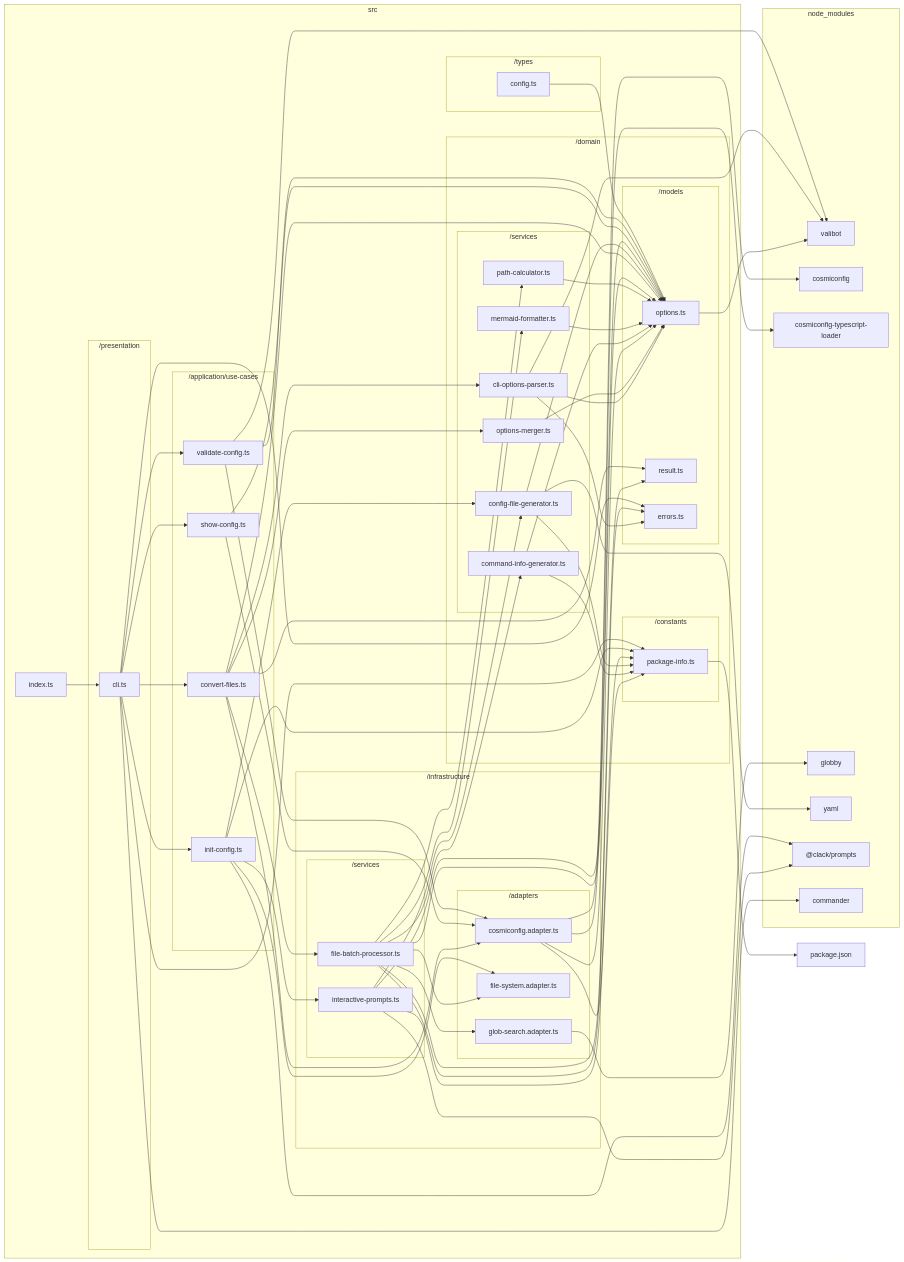
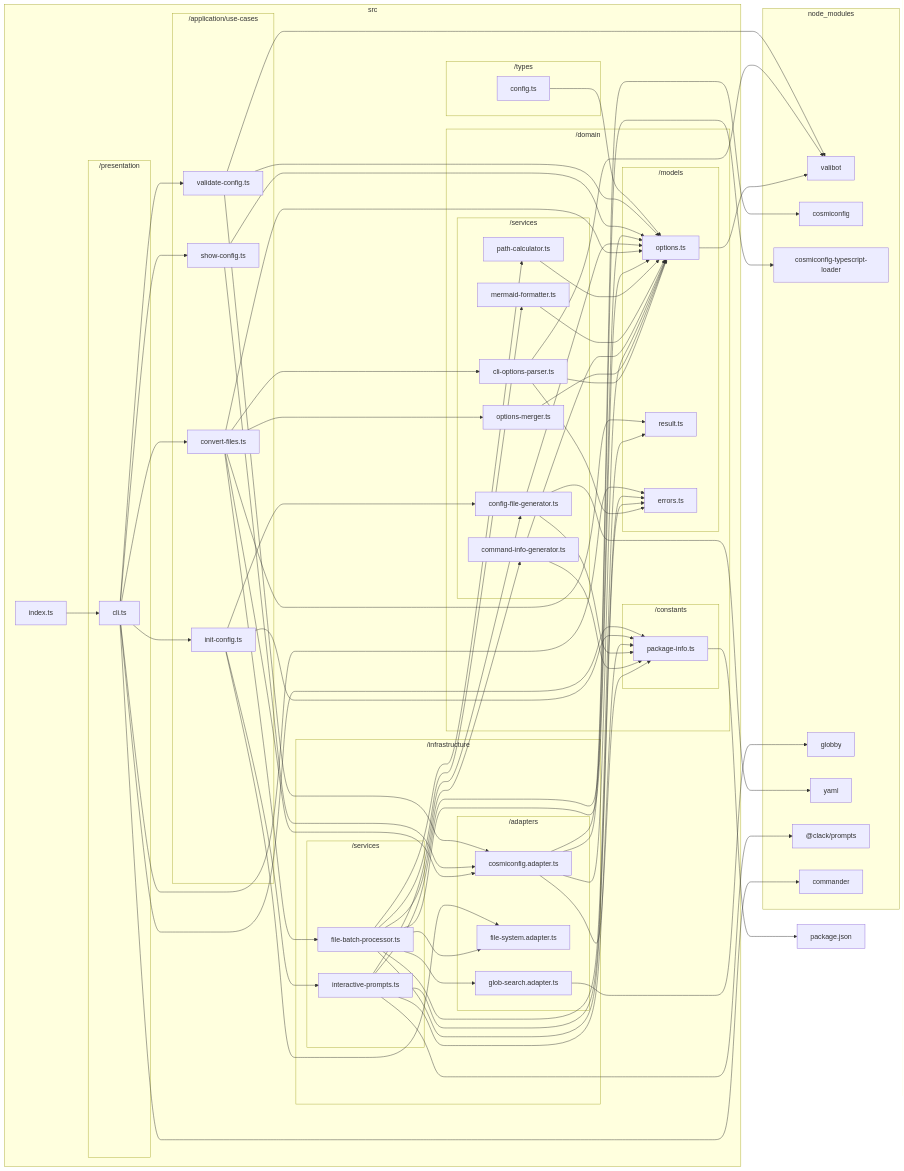
Before and after one commit to sugurutakahashi-1234/mermaid-markdown-wrap: the diagram in docs/reports/dependencies/deps-graph.md, drawn with Mermaid. The commit also changed 7 other files, not shown here.

First line of the commit message:
feat: update dependencies and improve interactive prompts [deps-change]

```diff
--- a/docs/reports/dependencies/deps-graph.md
+++ b/docs/reports/dependencies/deps-graph.md
@@ -93,13 +93,13 @@
     src/domain/services/config//file//generator.ts-->src/domain/models/options.ts
     src/infrastructure/services/interactive//prompts.ts-->node//modules///clack/prompts/dist/index.d.ts
     src/infrastructure/services/interactive//prompts.ts-->src/domain/constants/package//info.ts
+    src/infrastructure/services/interactive//prompts.ts-->src/domain/models/errors.ts
     src/infrastructure/services/interactive//prompts.ts-->src/domain/models/options.ts
     src/infrastructure/services/interactive//prompts.ts-->src/domain/services/config//file//generator.ts
     src/application/use//cases/init//config.ts-->src/domain/constants/package//info.ts
     src/application/use//cases/init//config.ts-->src/domain/services/config//file//generator.ts
     src/application/use//cases/init//config.ts-->src/infrastructure/adapters/file//system.adapter.ts
     src/application/use//cases/init//config.ts-->src/infrastructure/services/interactive//prompts.ts
-    src/application/use//cases/init//config.ts-->node//modules///clack/prompts/dist/index.d.ts
     src/application/use//cases/show//config.ts-->src/domain/models/options.ts
     src/application/use//cases/show//config.ts-->src/infrastructure/adapters/cosmiconfig.adapter.ts
     src/application/use//cases/validate//config.ts-->node//modules/valibot/dist/index.d.cts
```
